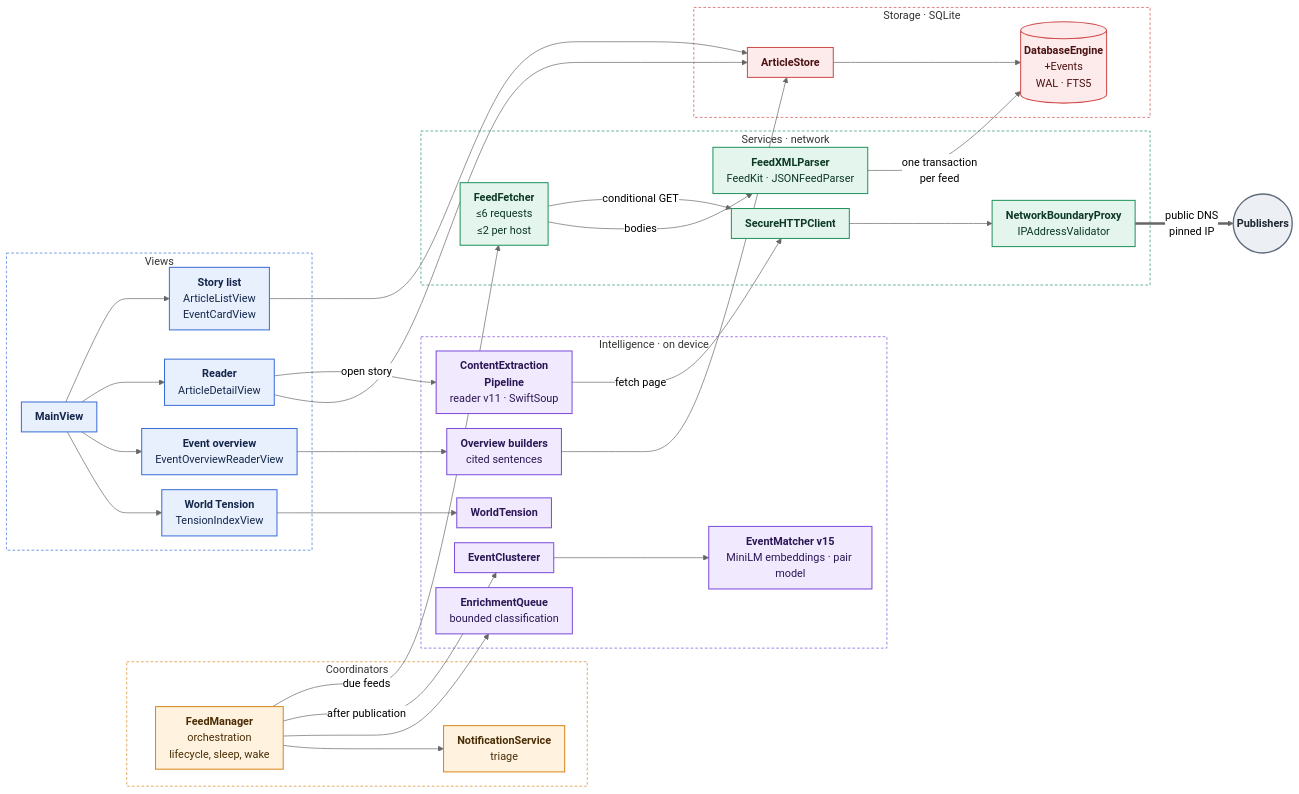
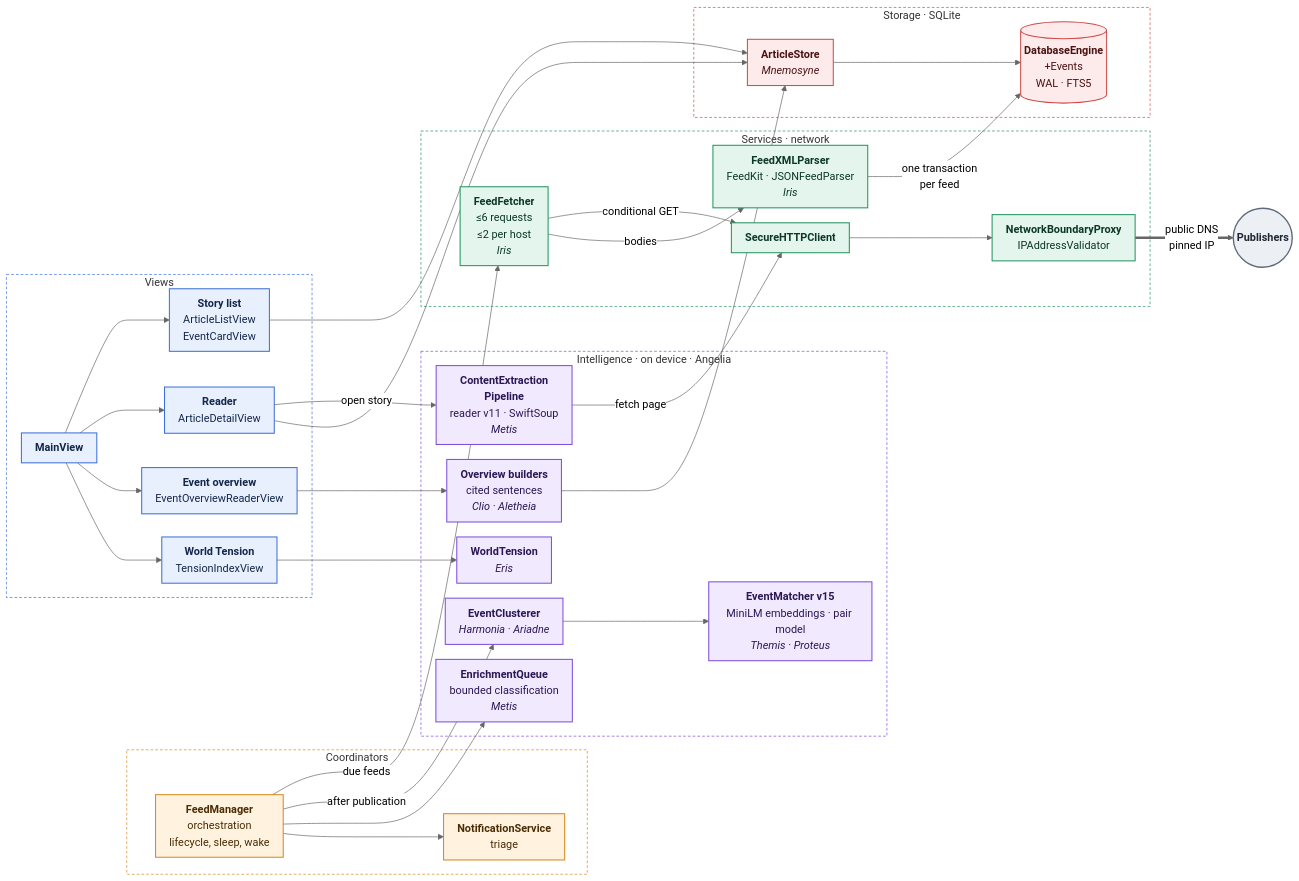
Before and after one commit to marspater/NewsApp-macOS: the first of 3 diagrams in docs/ARCHITECTURE.md, drawn with Mermaid (neutral theme). The commit also changed other lines of this file and 75 other files, not shown here.

````diff
--- a/docs/ARCHITECTURE.md
+++ b/docs/ARCHITECTURE.md
@@ -22,75 +22,75 @@
 ```mermaid
 %%{init: {"flowchart": {"curve": "basis", "nodeSpacing": 22, "rankSpacing": 44, "padding": 10}}}%%
 flowchart LR
     subgraph Coord["Coordinators"]
         FM["<b>FeedManager</b><br/>orchestration<br/>lifecycle, sleep, wake"]
         NS["<b>NotificationService</b><br/>triage"]
     end
 
     subgraph UI["Views"]
         Main["<b>MainView</b>"]
         List["<b>Story list</b><br/>ArticleListView<br/>EventCardView"]
         Reader["<b>Reader</b><br/>ArticleDetailView"]
         Overview["<b>Event overview</b><br/>EventOverviewReaderView"]
         Tension["<b>World Tension</b><br/>TensionIndexView"]
     end
 
-    subgraph Intel["Intelligence · on device"]
-        EQ["<b>EnrichmentQueue</b><br/>bounded classification"]
-        EC["<b>EventClusterer</b>"]
-        EM["<b>EventMatcher v15</b><br/>MiniLM embeddings · pair model"]
-        CEP["<b>ContentExtraction<br/>Pipeline</b><br/>reader v11 · SwiftSoup"]
-        OV["<b>Overview builders</b><br/>cited sentences"]
-        WT["<b>WorldTension</b>"]
+    subgraph Intel["Intelligence · on device · Angelia"]
+        EQ["<b>EnrichmentQueue</b><br/>bounded classification<br/><i>Metis</i>"]
+        EC["<b>EventClusterer</b><br/><i>Harmonia · Ariadne</i>"]
+        EM["<b>EventMatcher v15</b><br/>MiniLM embeddings · pair model<br/><i>Themis · Proteus</i>"]
+        CEP["<b>ContentExtraction<br/>Pipeline</b><br/>reader v11 · SwiftSoup<br/><i>Metis</i>"]
+        OV["<b>Overview builders</b><br/>cited sentences<br/><i>Clio · Aletheia</i>"]
+        WT["<b>WorldTension</b><br/><i>Eris</i>"]
     end
 
     subgraph Svc["Services · network"]
-        FF["<b>FeedFetcher</b><br/>≤6 requests<br/>≤2 per host"]
-        Parse["<b>FeedXMLParser</b><br/>FeedKit · JSONFeedParser"]
+        FF["<b>FeedFetcher</b><br/>≤6 requests<br/>≤2 per host<br/><i>Iris</i>"]
+        Parse["<b>FeedXMLParser</b><br/>FeedKit · JSONFeedParser<br/><i>Iris</i>"]
         HTTP["<b>SecureHTTPClient</b>"]
         GW["<b>NetworkBoundaryProxy</b><br/>IPAddressValidator"]
     end
 
     subgraph Store["Storage · SQLite"]
-        AS["<b>ArticleStore</b>"]
+        AS["<b>ArticleStore</b><br/><i>Mnemosyne</i>"]
         DB[("<b>DatabaseEngine</b><br/>+Events<br/>WAL · FTS5")]
     end
 
     Net(("<b>Publishers</b>"))
 
     FM -->|due feeds| FF
     FM -->|after publication| EC
     FM --> EQ & NS
     EC --> EM
     FF -->|conditional GET| HTTP
     FF -->|bodies| Parse
     Parse -->|one transaction<br/>per feed| DB
     Main --> List & Reader & Overview & Tension
     Reader -->|open story| CEP
     CEP -->|fetch page| HTTP
     HTTP --> GW
     GW ==>|public DNS<br/>pinned IP| Net
     Overview --> OV
     OV --> AS
     List & Reader --> AS
     AS --> DB
     Tension --> WT
 
     classDef ui fill:#E8F0FE,stroke:#3B6FD8,stroke-width:1.5px,color:#14264A
     classDef coord fill:#FFF3E0,stroke:#D9861C,stroke-width:1.5px,color:#4A2C05
     classDef intel fill:#F1E9FE,stroke:#7C4DDB,stroke-width:1.5px,color:#2B1755
     classDef svc fill:#E3F5EC,stroke:#23935F,stroke-width:1.5px,color:#0D3825
     classDef store fill:#FDEBEC,stroke:#CF4A4A,stroke-width:1.5px,color:#4A1212
     classDef ext fill:#ECEFF3,stroke:#5F6B7A,stroke-width:2px,color:#1E2630
     class Main,List,Reader,Overview,Tension ui
     class FM,NS coord
     class CEP,EQ,EC,EM,OV,WT intel
     class FF,Parse,HTTP,GW svc
     class AS,DB store
     class Net ext
     style UI fill:none,stroke:#3B6FD8,stroke-dasharray:4 3
     style Coord fill:none,stroke:#D9861C,stroke-dasharray:4 3
     style Intel fill:none,stroke:#7C4DDB,stroke-dasharray:4 3
     style Svc fill:none,stroke:#23935F,stroke-dasharray:4 3
     style Store fill:none,stroke:#CF4A4A,stroke-dasharray:4 3
 ```
````
